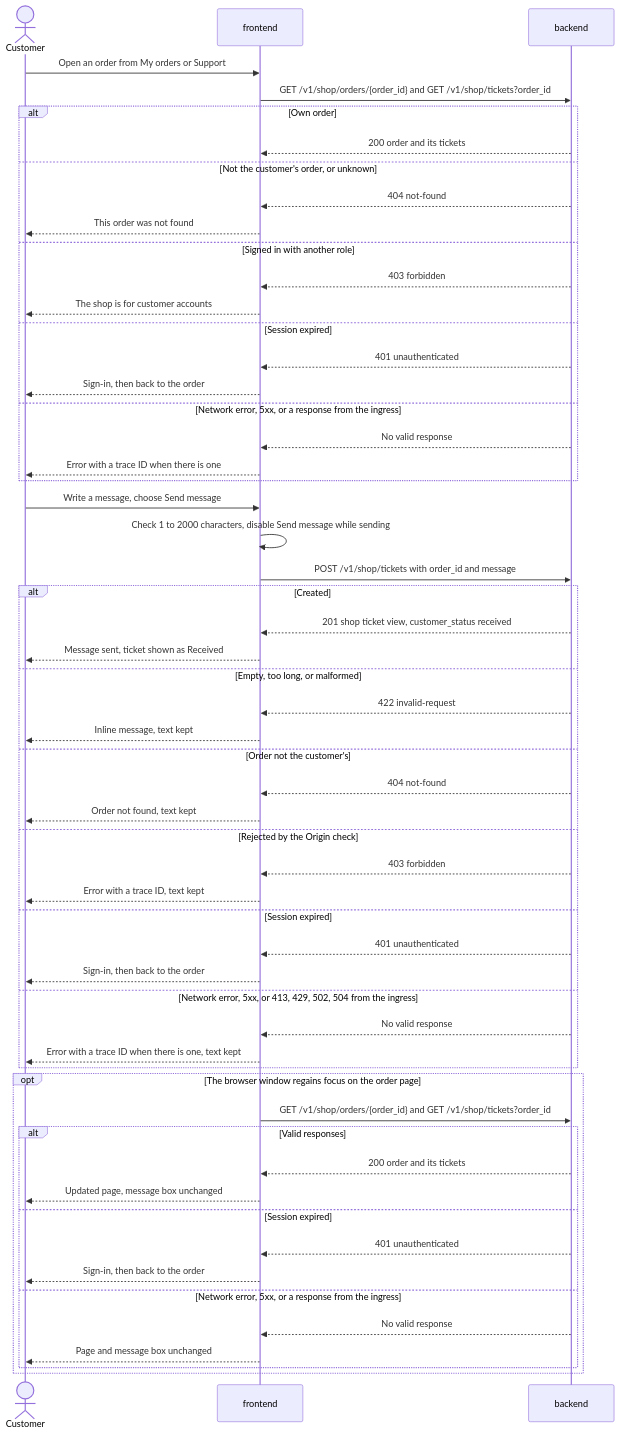
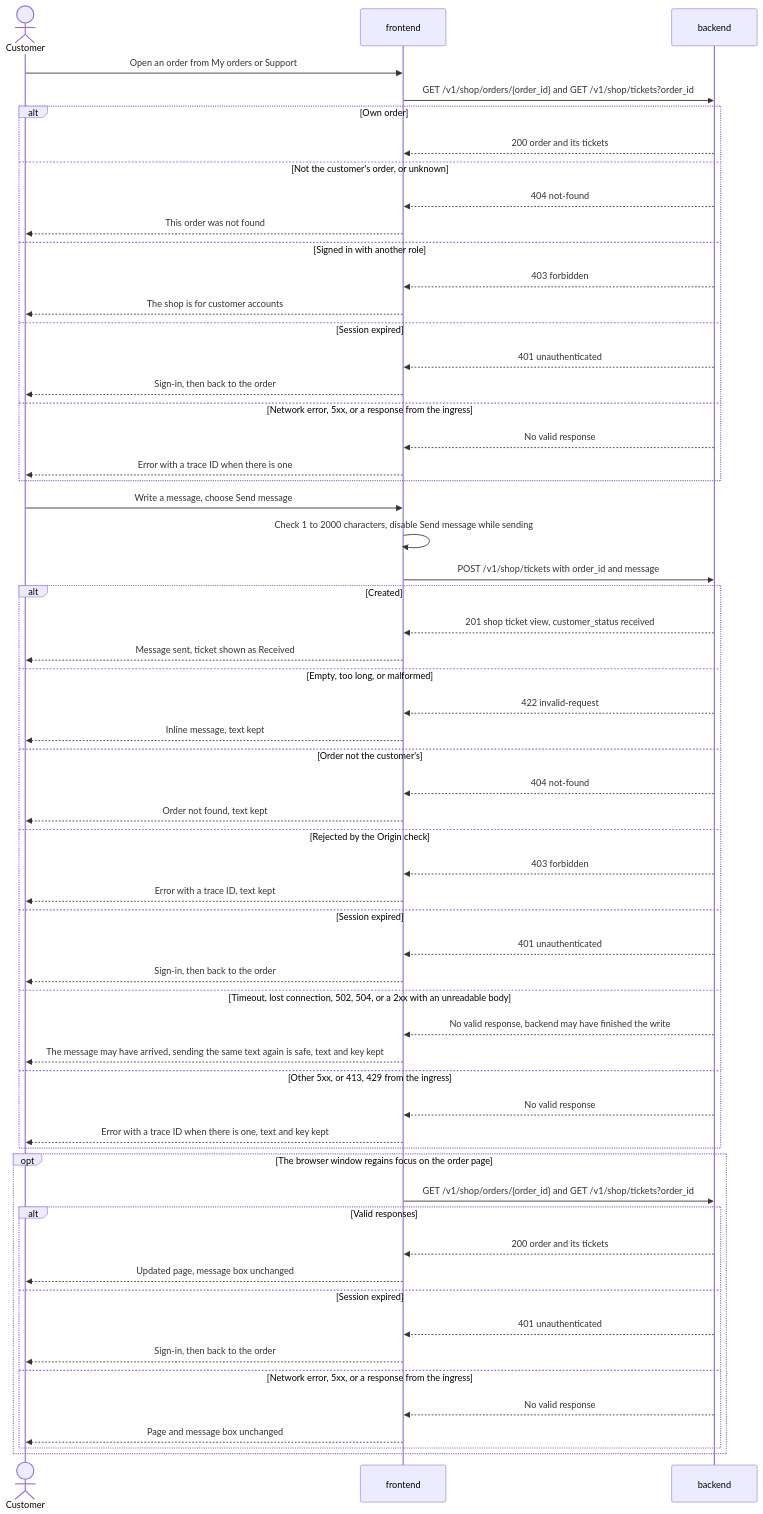
Before and after one commit to ml-system-design-nhom-5/SupportIQ: the diagram in docs/design/shop-ui.md, drawn with Mermaid. The commit also changed other lines of this file and 7 other files, not shown here.

````diff
--- a/docs/design/shop-ui.md
+++ b/docs/design/shop-ui.md
@@ -92,58 +94,61 @@
 ```mermaid
 sequenceDiagram
     actor Customer
     participant FE as frontend
     participant BE as backend
     Customer->>FE: Open an order from My orders or Support
     FE->>BE: GET /v1/shop/orders/{order_id} and GET /v1/shop/tickets?order_id
     alt Own order
         BE-->>FE: 200 order and its tickets
     else Not the customer's order, or unknown
         BE-->>FE: 404 not-found
         FE-->>Customer: This order was not found
     else Signed in with another role
         BE-->>FE: 403 forbidden
         FE-->>Customer: The shop is for customer accounts
     else Session expired
         BE-->>FE: 401 unauthenticated
         FE-->>Customer: Sign-in, then back to the order
     else Network error, 5xx, or a response from the ingress
         BE-->>FE: No valid response
         FE-->>Customer: Error with a trace ID when there is one
     end
     Customer->>FE: Write a message, choose Send message
     FE->>FE: Check 1 to 2000 characters, disable Send message while sending
     FE->>BE: POST /v1/shop/tickets with order_id and message
     alt Created
         BE-->>FE: 201 shop ticket view, customer_status received
         FE-->>Customer: Message sent, ticket shown as Received
     else Empty, too long, or malformed
         BE-->>FE: 422 invalid-request
         FE-->>Customer: Inline message, text kept
     else Order not the customer's
         BE-->>FE: 404 not-found
         FE-->>Customer: Order not found, text kept
     else Rejected by the Origin check
         BE-->>FE: 403 forbidden
         FE-->>Customer: Error with a trace ID, text kept
     else Session expired
         BE-->>FE: 401 unauthenticated
         FE-->>Customer: Sign-in, then back to the order
-    else Network error, 5xx, or 413, 429, 502, 504 from the ingress
+    else Timeout, lost connection, 502, 504, or a 2xx with an unreadable body
+        BE-->>FE: No valid response, backend may have finished the write
+        FE-->>Customer: The message may have arrived, sending the same text again is safe, text and key kept
+    else Other 5xx, or 413, 429 from the ingress
         BE-->>FE: No valid response
-        FE-->>Customer: Error with a trace ID when there is one, text kept
+        FE-->>Customer: Error with a trace ID when there is one, text and key kept
     end
     opt The browser window regains focus on the order page
         FE->>BE: GET /v1/shop/orders/{order_id} and GET /v1/shop/tickets?order_id
         alt Valid responses
             BE-->>FE: 200 order and its tickets
             FE-->>Customer: Updated page, message box unchanged
         else Session expired
             BE-->>FE: 401 unauthenticated
             FE-->>Customer: Sign-in, then back to the order
         else Network error, 5xx, or a response from the ingress
             BE-->>FE: No valid response
             FE-->>Customer: Page and message box unchanged
         end
     end
 ```
````
